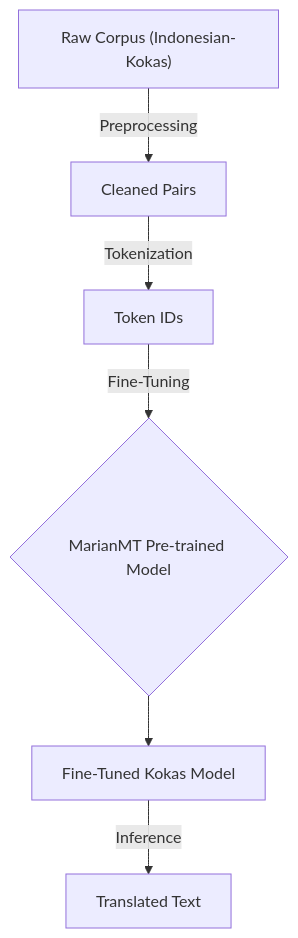
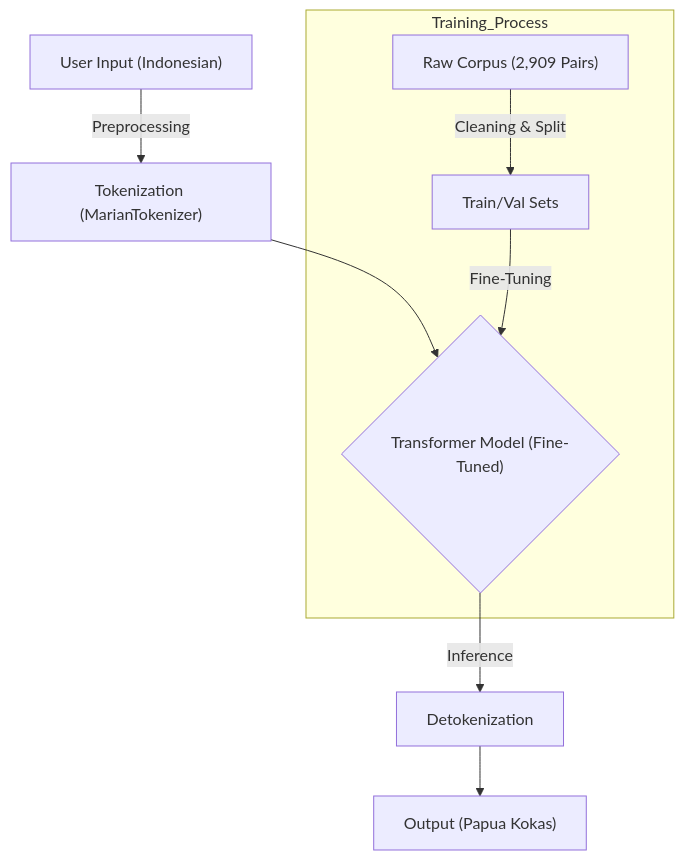
Before and after one commit to neimasilk/ronggo: the diagram in Revitalizing_Papua_Kokas_Language_v2.md, drawn with Mermaid. The commit also changed other lines of this file, not shown here.

````diff
--- a/Revitalizing_Papua_Kokas_Language_v2.md
+++ b/Revitalizing_Papua_Kokas_Language_v2.md
@@ -36,8 +30,12 @@
 ```mermaid
 graph TD
-    A["Raw Corpus (Indonesian-Kokas)"] -->|Preprocessing| B["Cleaned Pairs"]
-    B -->|Tokenization| C["Token IDs"]
-    C -->|Fine-Tuning| D{"MarianMT Pre-trained Model"}
-    D --> E["Fine-Tuned Kokas Model"]
-    E -->|Inference| F["Translated Text"]
+    A["User Input (Indonesian)"] -->|Preprocessing| B["Tokenization (MarianTokenizer)"]
+    B --> C{"Transformer Model (Fine-Tuned)"}
+    C -->|Inference| D["Detokenization"]
+    D --> E["Output (Papua Kokas)"]
+    
+    subgraph Training_Process
+    F["Raw Corpus (2,909 Pairs)"] -->|Cleaning & Split| G["Train/Val Sets"]
+    G -->|Fine-Tuning| C
+    end
 ```
````
